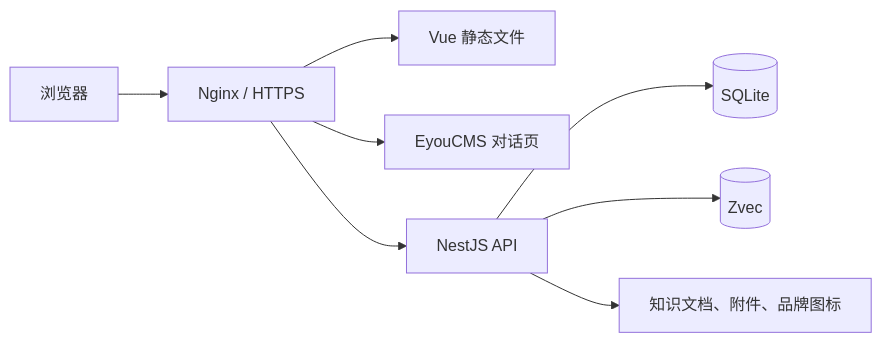
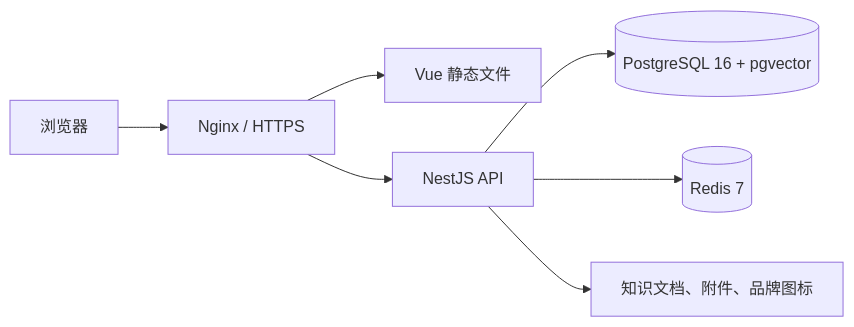
One commit to yiting001/agent changed the diagram in docs/deployment.md. Above: the diagram before and after it, drawn with Mermaid. The commit also changed other lines of this file and 97 other files, not shown here.

Commit message:
feat: adopt postgres pgvector and redis infrastructure

````diff
--- a/docs/deployment.md
+++ b/docs/deployment.md
@@ -5,19 +5,9 @@
 ```mermaid
 flowchart LR
-  Browser[浏览器]
-  Nginx[Nginx / HTTPS]
-  Vue[Vue 静态文件]
-  Eyou[EyouCMS 对话页]
-  API[NestJS API]
-  SQLite[(SQLite)]
-  Zvec[(Zvec)]
-  Files[知识文档、附件、品牌图标]
-
-  Browser --> Nginx
-  Nginx --> Vue
-  Nginx --> Eyou
-  Nginx --> API
-  API --> SQLite
-  API --> Zvec
-  API --> Files
+  Browser[浏览器] --> Gateway[Nginx / HTTPS]
+  Gateway --> Vue[Vue 静态文件]
+  Gateway --> API[NestJS API]
+  API --> PG[(PostgreSQL 16 + pgvector)]
+  API --> Redis[(Redis 7)]
+  API --> Files[知识文档、附件、品牌图标]
 ```
````
